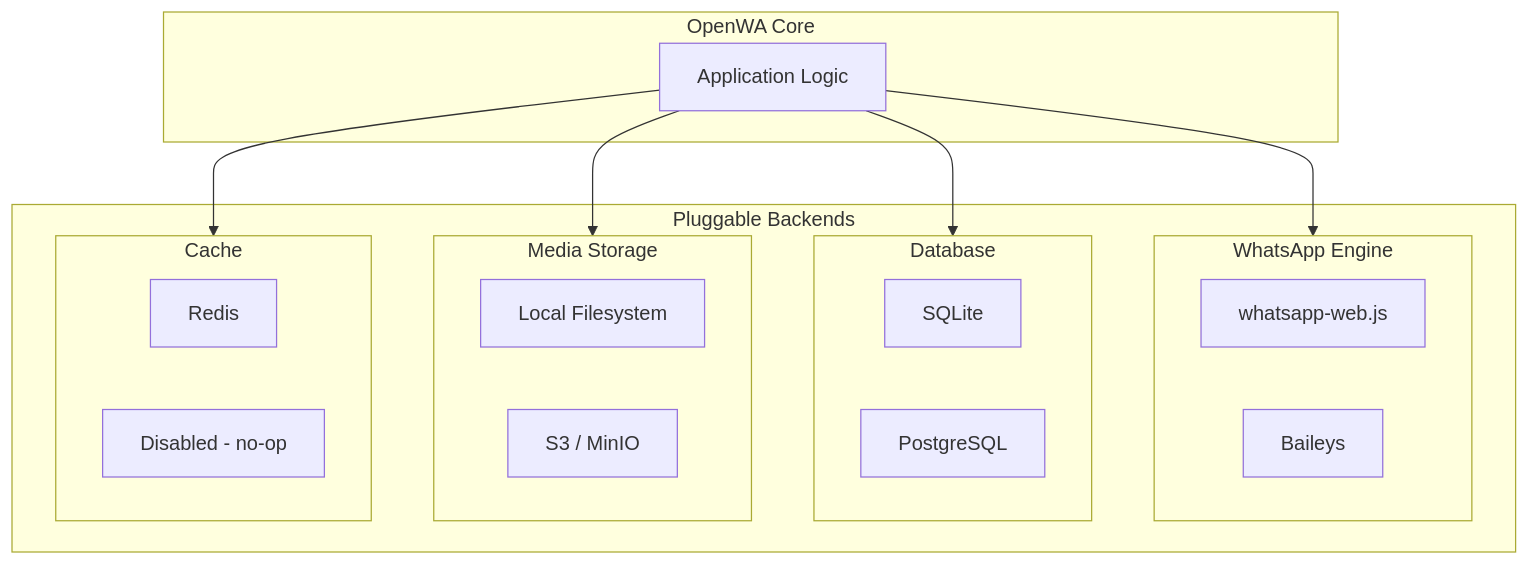
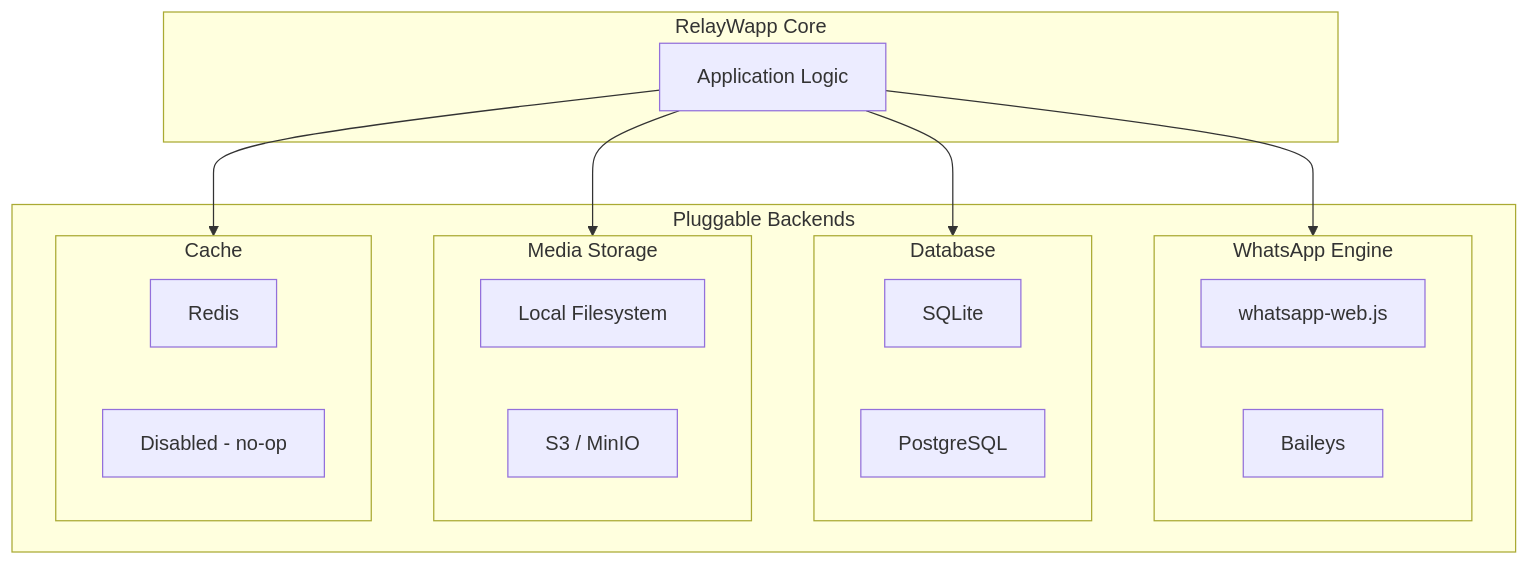
Diagram 23 of 24 in docs/03-system-architecture.md (FaisalKabirGalib/whitelabel-whatsapp-gateway), drawn with Mermaid before and after one commit. The commit also changed other lines of this file and 51 other files, not shown here.

Commit message:
docs: rebrand documentation for RelayWapp

````diff
--- a/docs/03-system-architecture.md
+++ b/docs/03-system-architecture.md
@@ -1239,33 +1239,33 @@
 ```mermaid
 flowchart TB
-    subgraph Core["OpenWA Core"]
+    subgraph Core["RelayWapp Core"]
         APP[Application Logic]
     end
 
     subgraph Adapters["Pluggable Backends"]
         subgraph Engine["WhatsApp Engine"]
             E1[whatsapp-web.js]
             E2[Baileys]
         end
 
         subgraph Database["Database"]
             D1[SQLite]
             D2[PostgreSQL]
         end
 
         subgraph Storage["Media Storage"]
             S1[Local Filesystem]
             S2[S3 / MinIO]
         end
 
         subgraph Cache["Cache"]
             C1[Redis]
             C2[Disabled - no-op]
         end
     end
 
     APP --> Engine
     APP --> Database
     APP --> Storage
     APP --> Cache
 ```
````
